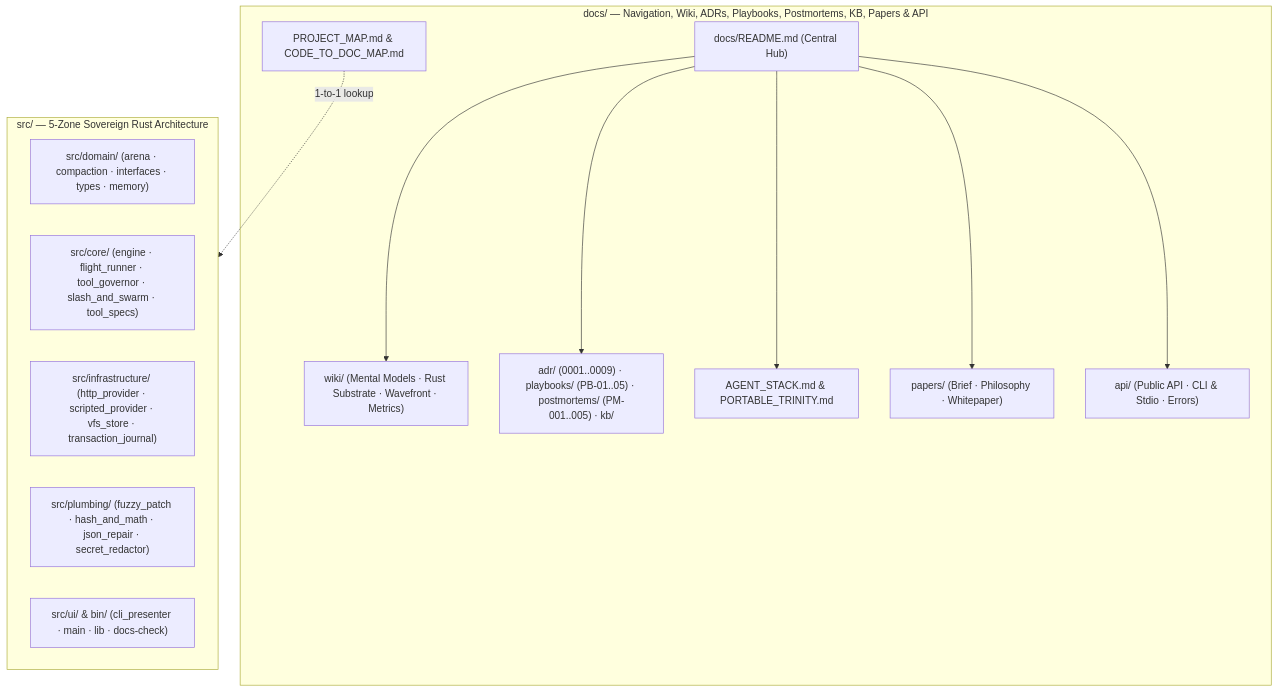
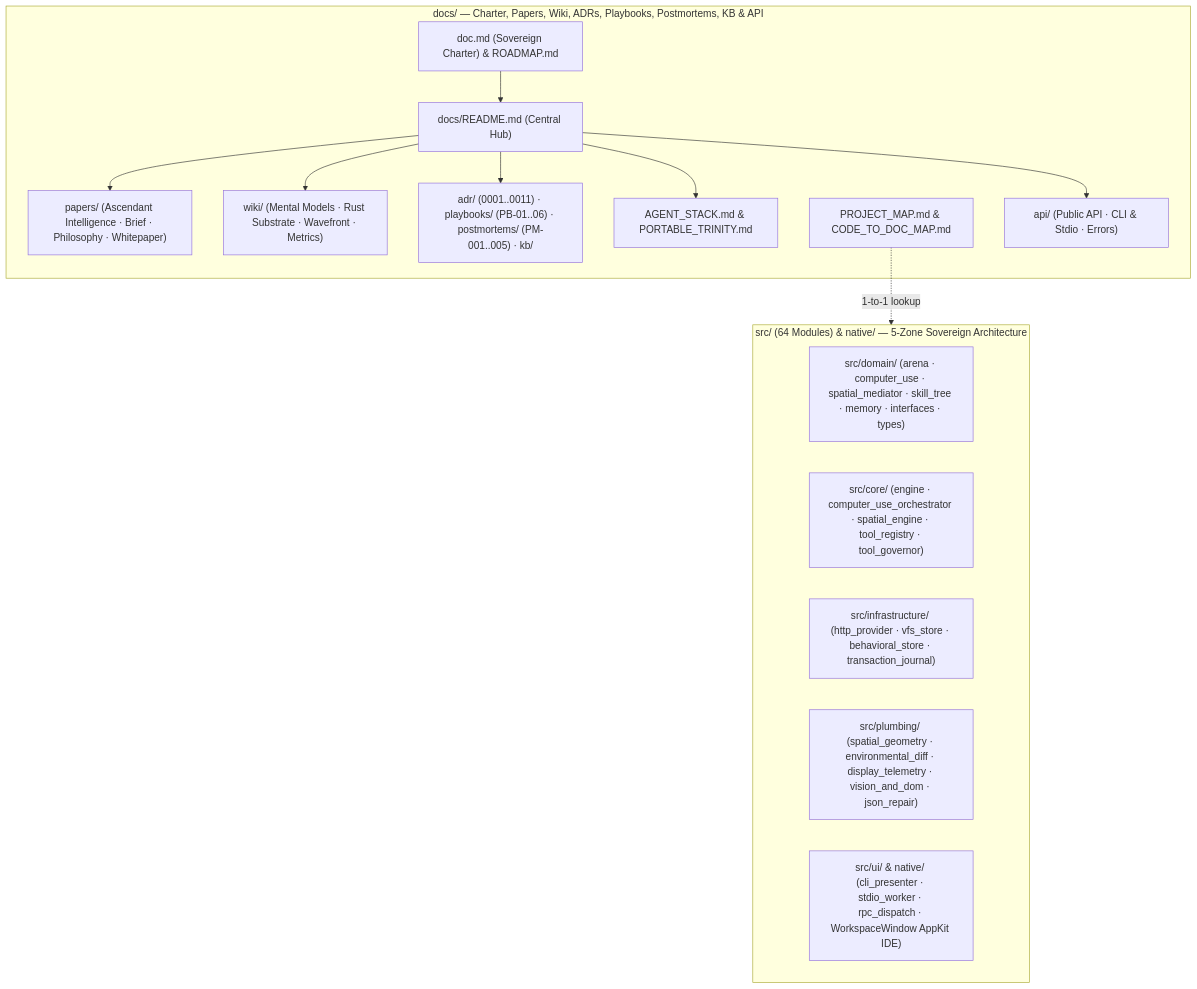
Before and after one commit to CardSorting/HEAV3NS-MICRO: the diagram in docs/README.md, drawn with Mermaid. The commit also changed other lines of this file and 116 other files, not shown here.

````diff
--- a/docs/README.md
+++ b/docs/README.md
@@ -90,25 +107,27 @@
 ```mermaid
 flowchart TB
-  subgraph docs ["docs/ — Navigation, Wiki, ADRs, Playbooks, Postmortems, KB, Papers & API"]
+  subgraph docs ["docs/ — Charter, Papers, Wiki, ADRs, Playbooks, Postmortems, KB & API"]
+    CHARTER["doc.md (Sovereign Charter) & ROADMAP.md"]
     README["docs/README.md (Central Hub)"]
+    PAP["papers/ (Ascendant Intelligence · Brief · Philosophy · Whitepaper)"]
     WIKI["wiki/ (Mental Models · Rust Substrate · Wavefront · Metrics)"]
-    MEM["adr/ (0001..0009) · playbooks/ (PB-01..05) · postmortems/ (PM-001..005) · kb/"]
+    MEM["adr/ (0001..0011) · playbooks/ (PB-01..06) · postmortems/ (PM-001..005) · kb/"]
     STACK["AGENT_STACK.md & PORTABLE_TRINITY.md"]
     MAP["PROJECT_MAP.md & CODE_TO_DOC_MAP.md"]
-    PAP["papers/ (Brief · Philosophy · Whitepaper)"]
     API["api/ (Public API · CLI & Stdio · Errors)"]
   end
-  subgraph code ["src/ — 5-Zone Sovereign Rust Architecture"]
-    DOM["src/domain/ (arena · compaction · interfaces · types · memory)"]
-    CORE["src/core/ (engine · flight_runner · tool_governor · slash_and_swarm · tool_specs)"]
-    INFRA["src/infrastructure/ (http_provider · scripted_provider · vfs_store · transaction_journal)"]
-    PLUMB["src/plumbing/ (fuzzy_patch · hash_and_math · json_repair · secret_redactor)"]
-    UI["src/ui/ & bin/ (cli_presenter · main · lib · docs-check)"]
+  subgraph code ["src/ (64 Modules) & native/ — 5-Zone Sovereign Architecture"]
+    DOM["src/domain/ (arena · computer_use · spatial_mediator · skill_tree · memory · interfaces · types)"]
+    CORE["src/core/ (engine · computer_use_orchestrator · spatial_engine · tool_registry · tool_governor)"]
+    INFRA["src/infrastructure/ (http_provider · vfs_store · behavioral_store · transaction_journal)"]
+    PLUMB["src/plumbing/ (spatial_geometry · environmental_diff · display_telemetry · vision_and_dom · json_repair)"]
+    UI["src/ui/ & native/ (cli_presenter · stdio_worker · rpc_dispatch · WorkspaceWindow AppKit IDE)"]
   end
+  CHARTER --> README
+  README --> PAP
   README --> WIKI
   README --> MEM
   README --> STACK
-  README --> PAP
   README --> API
   MAP -.->|1-to-1 lookup| code
 ```
````
